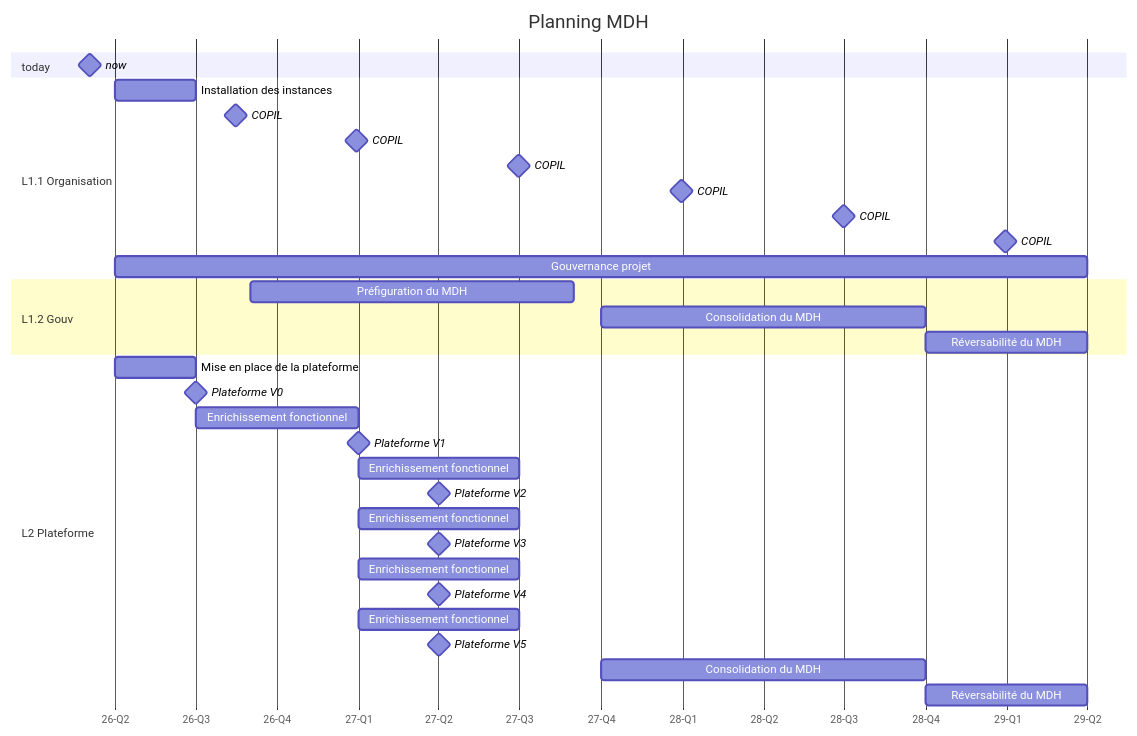
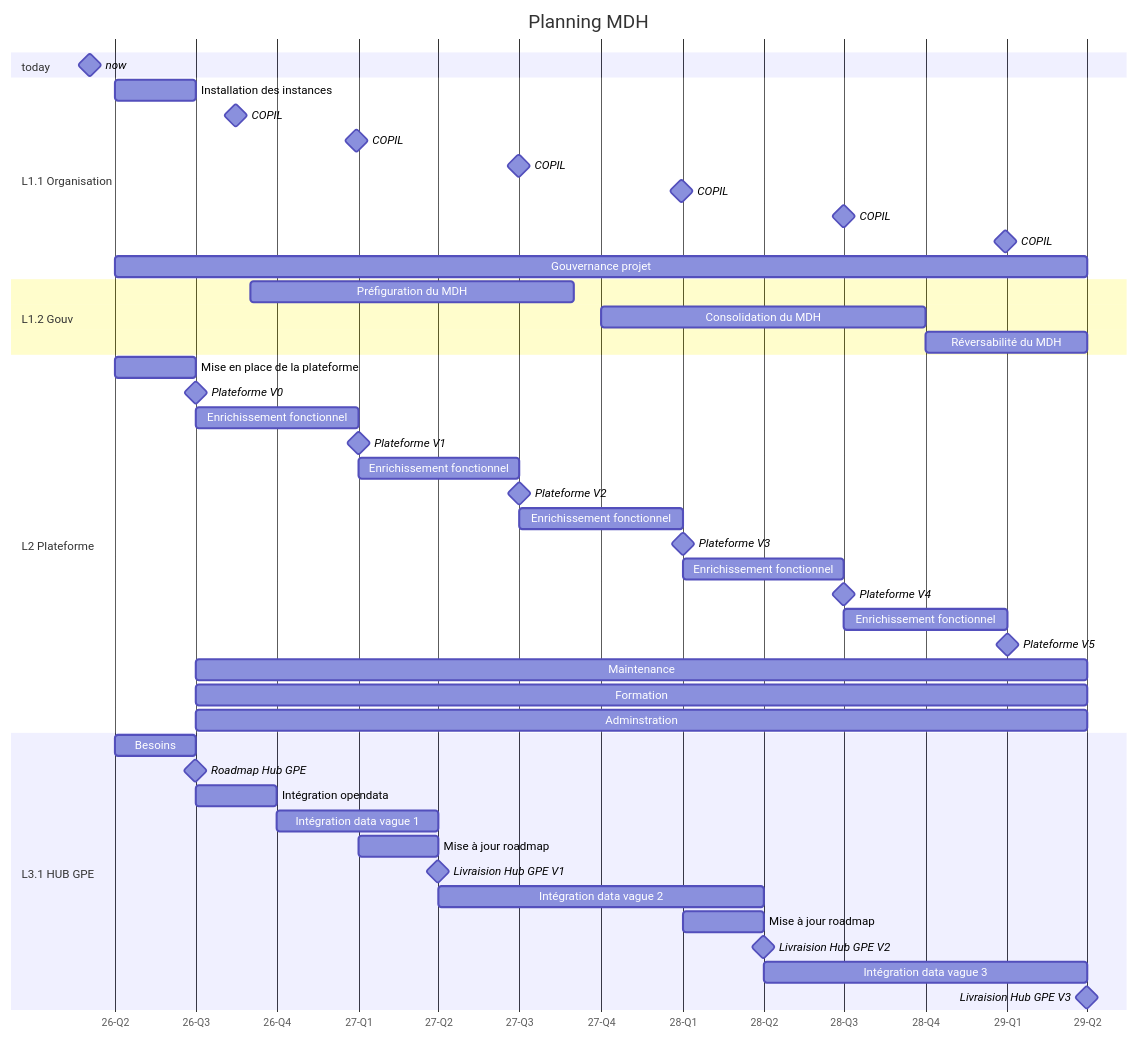
Before and after one commit to cdamas-cerema/test: the diagram in README.md, drawn with Mermaid.

Commit message:
planning V1

````diff
--- a/README.md
+++ b/README.md
@@ -2,42 +2,56 @@
 ```mermaid
 gantt
     title Planning MDH
     dateFormat YYYY-MM-DD
     axisFormat %y-Q%q
     tickInterval 3month
 
     section today
         %% This task forces the chart to start at the beginning of the year
         now : milestone, m1, 2026-03-04, 0d
 
     section L1.1 Organisation
         Installation des instances           :a1, 2026-04-01, 3M
         COPIL                                :milestone, 2026-09-30
         COPIL                                :milestone, 2027-03-31
         COPIL                                :milestone, 2027-09-30
         COPIL                                :milestone, 2028-03-31
         COPIL                                :milestone, 2028-09-30
         COPIL                                :milestone, 2029-03-31
         Gouvernance projet                   :2026-04-01, 36M
         
     section L1.2 Gouv
         Préfiguration du MDH                 :2026-09-01, 12M
         Consolidation du MDH                 :2027-10-01, 12M
         Réversabilité du MDH                 :2028-10-01, 6M
 
     section L2 Plateforme
         Mise en place de la plateforme       :2026-04-01, 3M
         Plateforme V0                        :milestone, 2026-07-01
         Enrichissement fonctionnel           :6M
         Plateforme V1                        :milestone, 2027-01-01
         Enrichissement fonctionnel           :6M
-        Plateforme V2                        :milestone, 2027-01-01
+        Plateforme V2                        :milestone, 2027-07-01
         Enrichissement fonctionnel           :6M
-        Plateforme V3                        :milestone, 2027-01-01
+        Plateforme V3                        :milestone, 2028-01-01
         Enrichissement fonctionnel           :6M
-        Plateforme V4                        :milestone, 2027-01-01
+        Plateforme V4                        :milestone, 2028-07-01
         Enrichissement fonctionnel           :6M
-        Plateforme V5                        :milestone, 2027-01-01
-        Consolidation du MDH                 :2027-10-01, 12M
-        Réversabilité du MDH                 :2028-10-01, 6M
+        Plateforme V5                        :milestone, 2029-01-01
+        Maintenance                          :2026-07-01, 33M
+        Formation                            :2026-07-01, 33M
+        Adminstration                        :2026-07-01, 33M
+
+    section L3.1 HUB GPE
+        Besoins                              :2026-04-01, 3M
+        Roadmap Hub GPE                      :milestone, 2026-06-30
+        Intégration opendata                 :2026-07-01, 3M
+        Intégration data vague 1             :2026-10-01, 6M
+        Mise à jour roadmap                  :2027-01-01, 3M
+        Livraision Hub GPE V1                :milestone, 2027-03-31
+        Intégration data vague 2             :2027-04-01, 12M
+        Mise à jour roadmap                  :2028-01-01, 3M
+        Livraision Hub GPE V2                :milestone, 2028-03-31
+        Intégration data vague 3             :2028-04-01, 12M
+        Livraision Hub GPE V3                :milestone, 2029-03-31
 ```
````
